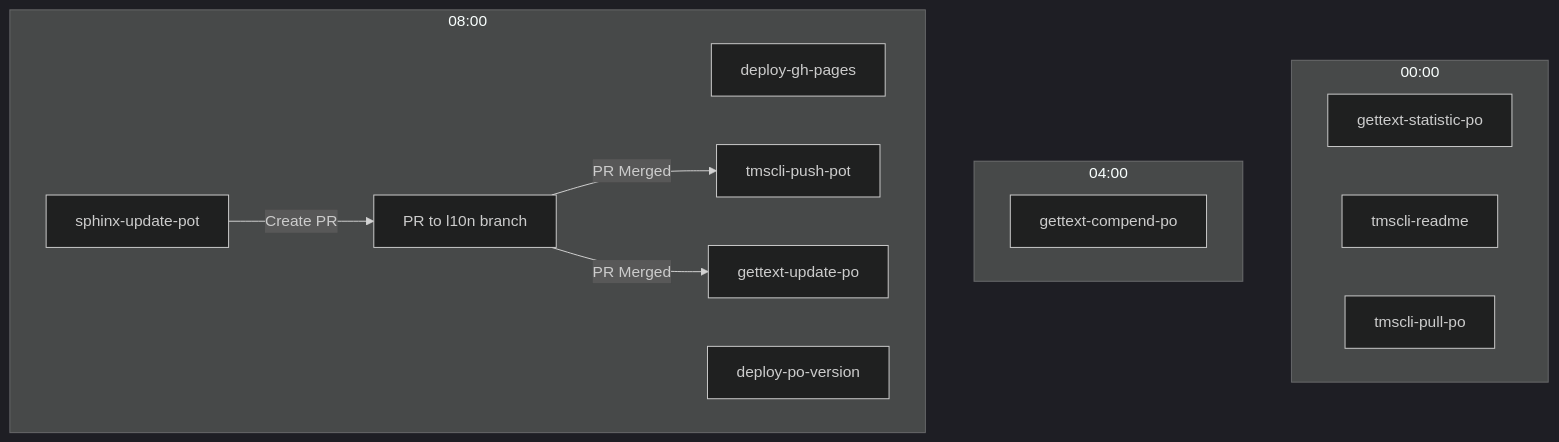
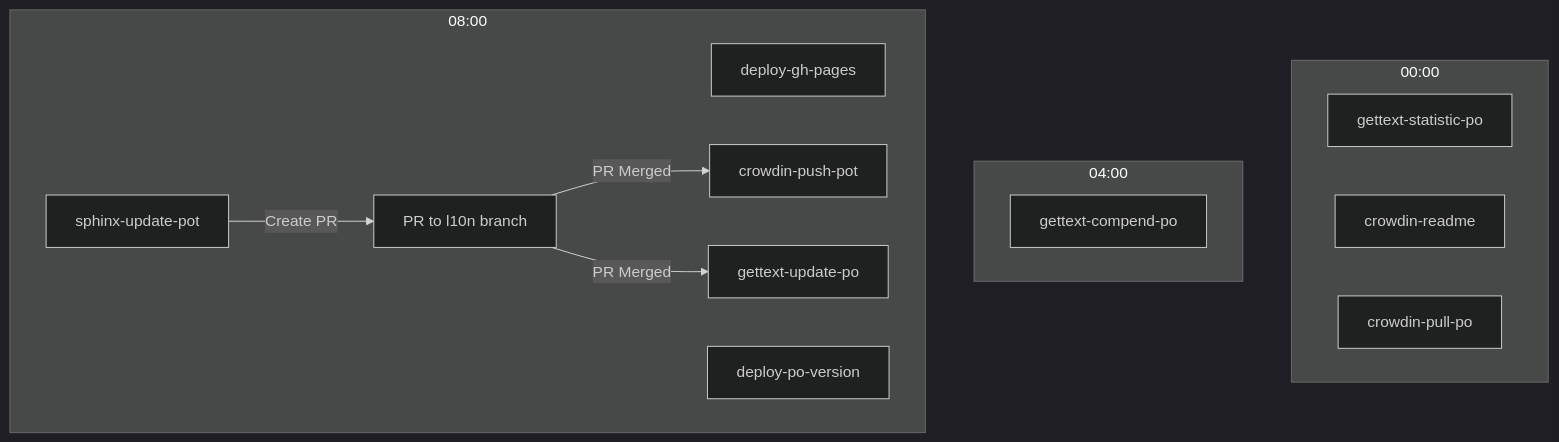
The third of 3 diagrams in MERMAID.md (hwhsu1231/cmake-docs-l10n-v7), drawn with Mermaid (dark theme) before and after one commit. The commit also changed other lines of this file and 8 other files, not shown here.

````diff
--- a/MERMAID.md
+++ b/MERMAID.md
@@ -49,22 +49,22 @@
 ```mermaid
 graph TD
     subgraph 00:00
         A[gettext-statistic-po]
-        B[tmscli-readme]
-        C[tmscli-pull-po]
+        B[crowdin-readme]
+        C[crowdin-pull-po]
     end
 
     subgraph 04:00
         D[gettext-compend-po]
     end
 
     subgraph 08:00
         E[deploy-gh-pages]
         F[deploy-po-version]
         G[sphinx-update-pot]
 
         G -->|Create PR| H[PR to l10n branch]
-        H -->|PR Merged| I[tmscli-push-pot]
+        H -->|PR Merged| I[crowdin-push-pot]
         H -->|PR Merged| J[gettext-update-po]
     end
 ```
````
